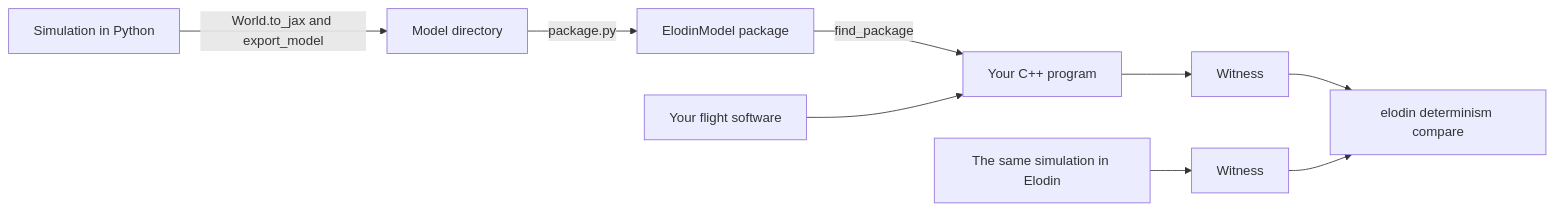
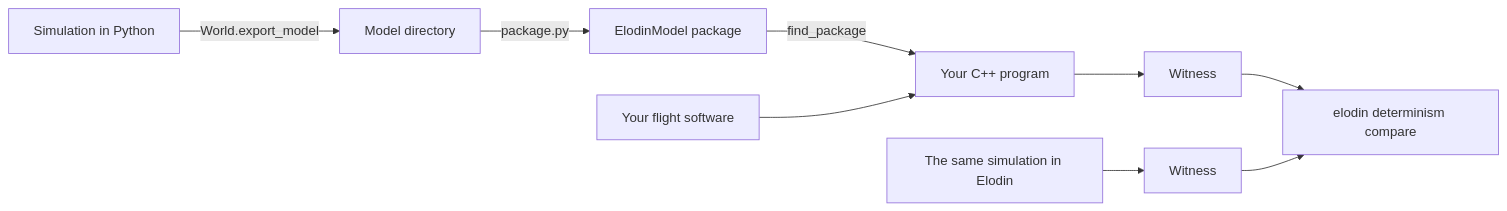
Before and after one commit to elodin-sys/elodin: the diagram in docs/public/content/reference/cpp-runtime.md, drawn with Mermaid. The commit also changed other lines of this file and 4 other files, not shown here.

````diff
--- a/docs/public/content/reference/cpp-runtime.md
+++ b/docs/public/content/reference/cpp-runtime.md
@@ -36,11 +33,11 @@
 ```mermaid
 flowchart LR
-  sim["Simulation in Python"] -->|"World.to_jax and export_model"| model["Model directory"]
+  sim["Simulation in Python"] -->|"World.export_model"| model["Model directory"]
   model -->|"package.py"| pkg["ElodinModel package"]
   pkg -->|"find_package"| host["Your C++ program"]
   fsw["Your flight software"] --> host
   host --> witness["Witness"]
   elodin["The same simulation in Elodin"] --> base["Witness"]
   witness --> cmp["elodin determinism compare"]
   base --> cmp
 ```
````
